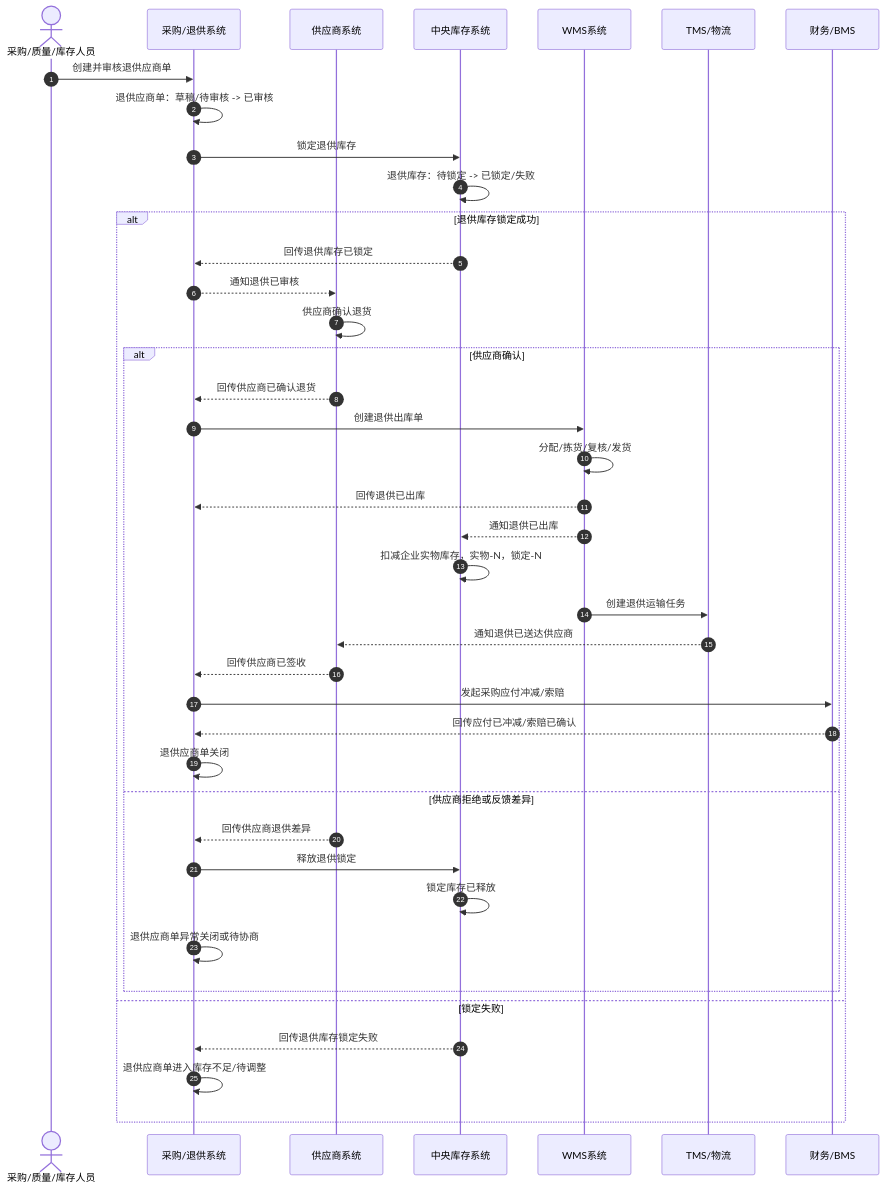
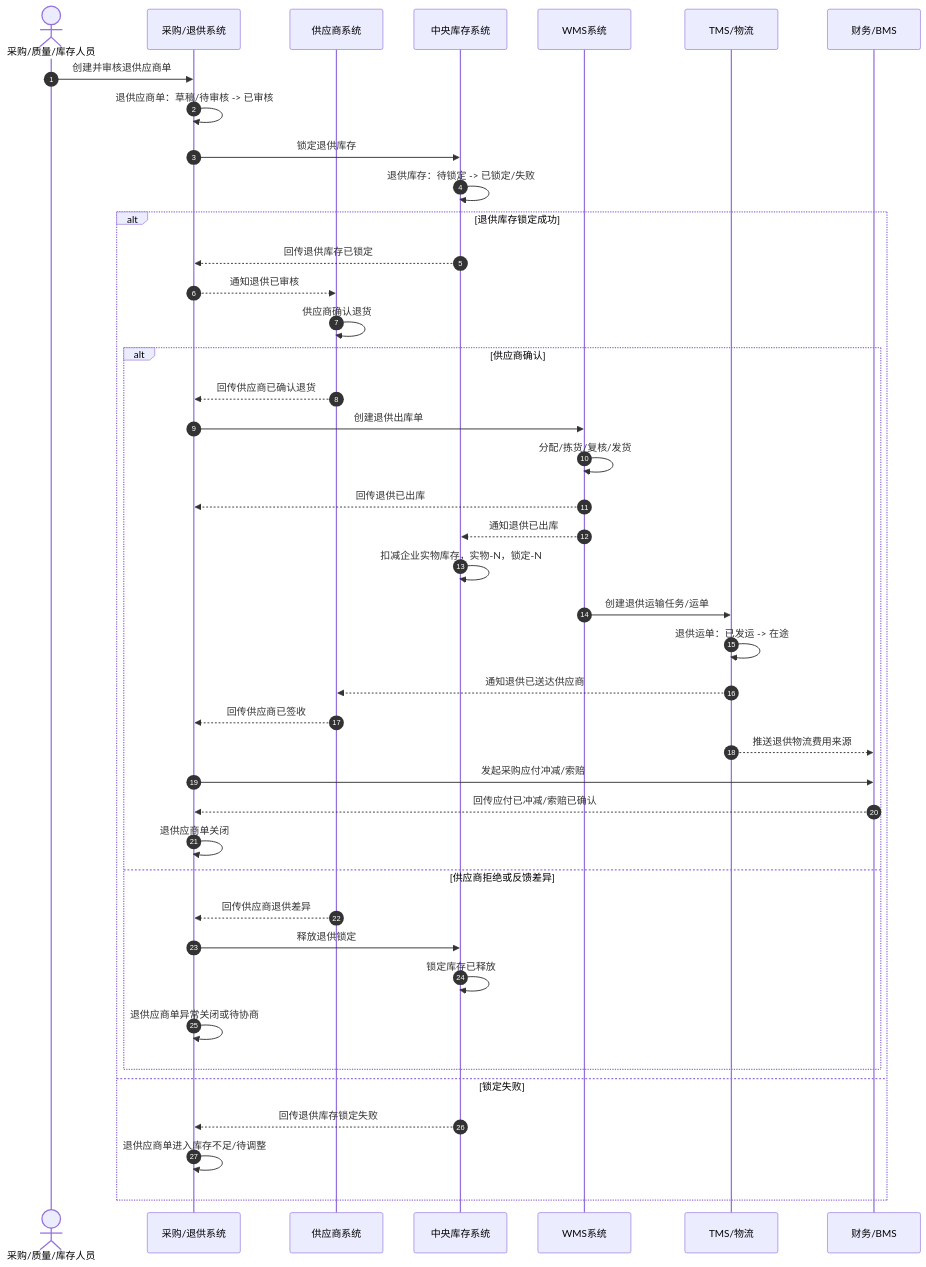
Before and after one commit to chao1927/scm: the second of 2 diagrams in docs/02-业务流程/07-2-供应商退货业务流程.md, drawn with Mermaid. The commit also changed other lines of this file and 118 other files, not shown here.

````diff
--- a/docs/02-业务流程/07-2-供应商退货业务流程.md
+++ b/docs/02-业务流程/07-2-供应商退货业务流程.md
@@ -195,44 +202,46 @@
 ```mermaid
 sequenceDiagram
   autonumber
   actor Buyer as 采购/质量/库存人员
   participant PUR as 采购/退供系统
   participant SRM as 供应商系统
   participant INV as 中央库存系统
   participant WMS as WMS系统
   participant TMS as TMS/物流
   participant FIN as 财务/BMS
 
   Buyer->>PUR: 创建并审核退供应商单
   PUR->>PUR: 退供应商单：草稿/待审核 -> 已审核
   PUR->>INV: 锁定退供库存
   INV->>INV: 退供库存：待锁定 -> 已锁定/失败
 
   alt 退供库存锁定成功
     INV-->>PUR: 回传退供库存已锁定
     PUR-->>SRM: 通知退供已审核
     SRM->>SRM: 供应商确认退货
     alt 供应商确认
       SRM-->>PUR: 回传供应商已确认退货
       PUR->>WMS: 创建退供出库单
       WMS->>WMS: 分配/拣货/复核/发货
       WMS-->>PUR: 回传退供已出库
       WMS-->>INV: 通知退供已出库
       INV->>INV: 扣减企业实物库存，实物-N，锁定-N
-      WMS->>TMS: 创建退供运输任务
+      WMS->>TMS: 创建退供运输任务/运单
+      TMS->>TMS: 退供运单：已发运 -> 在途
       TMS-->>SRM: 通知退供已送达供应商
       SRM-->>PUR: 回传供应商已签收
+      TMS-->>FIN: 推送退供物流费用来源
       PUR->>FIN: 发起采购应付冲减/索赔
       FIN-->>PUR: 回传应付已冲减/索赔已确认
       PUR->>PUR: 退供应商单关闭
     else 供应商拒绝或反馈差异
       SRM-->>PUR: 回传供应商退供差异
       PUR->>INV: 释放退供锁定
       INV->>INV: 锁定库存已释放
       PUR->>PUR: 退供应商单异常关闭或待协商
     end
   else 锁定失败
     INV-->>PUR: 回传退供库存锁定失败
     PUR->>PUR: 退供应商单进入库存不足/待调整
   end
 ```
````
